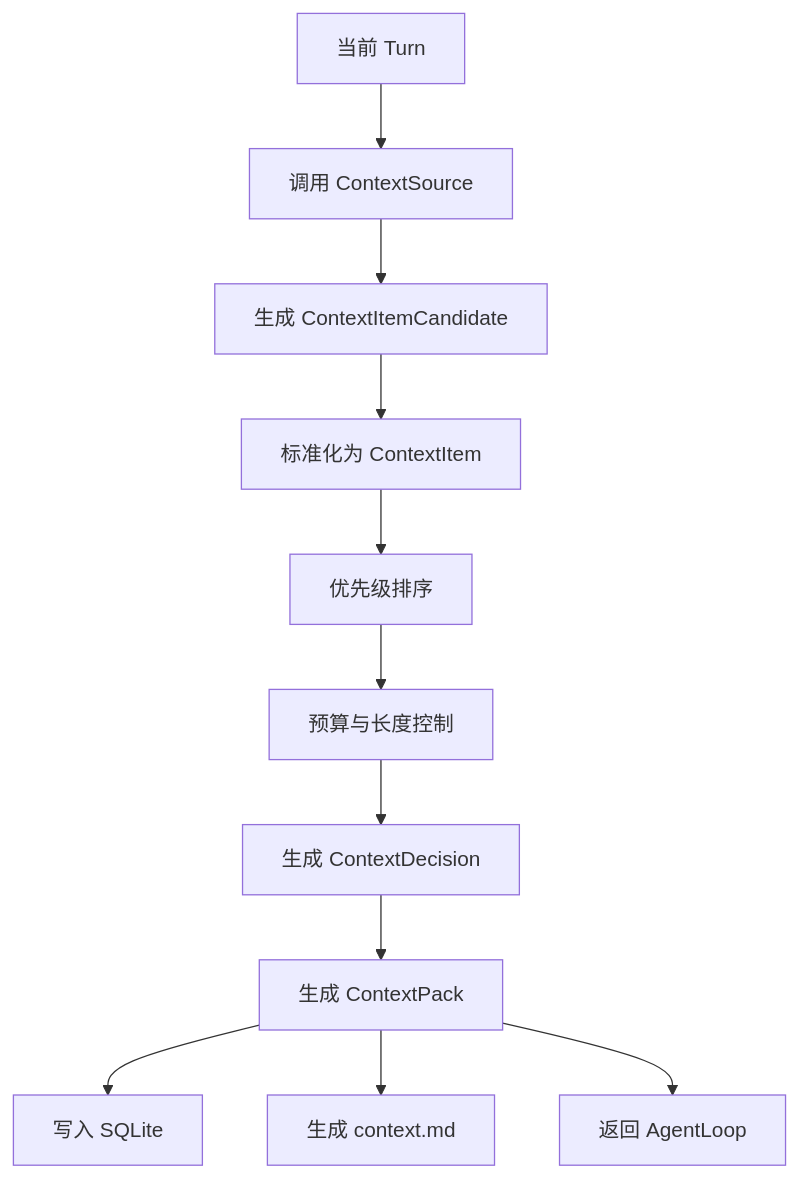
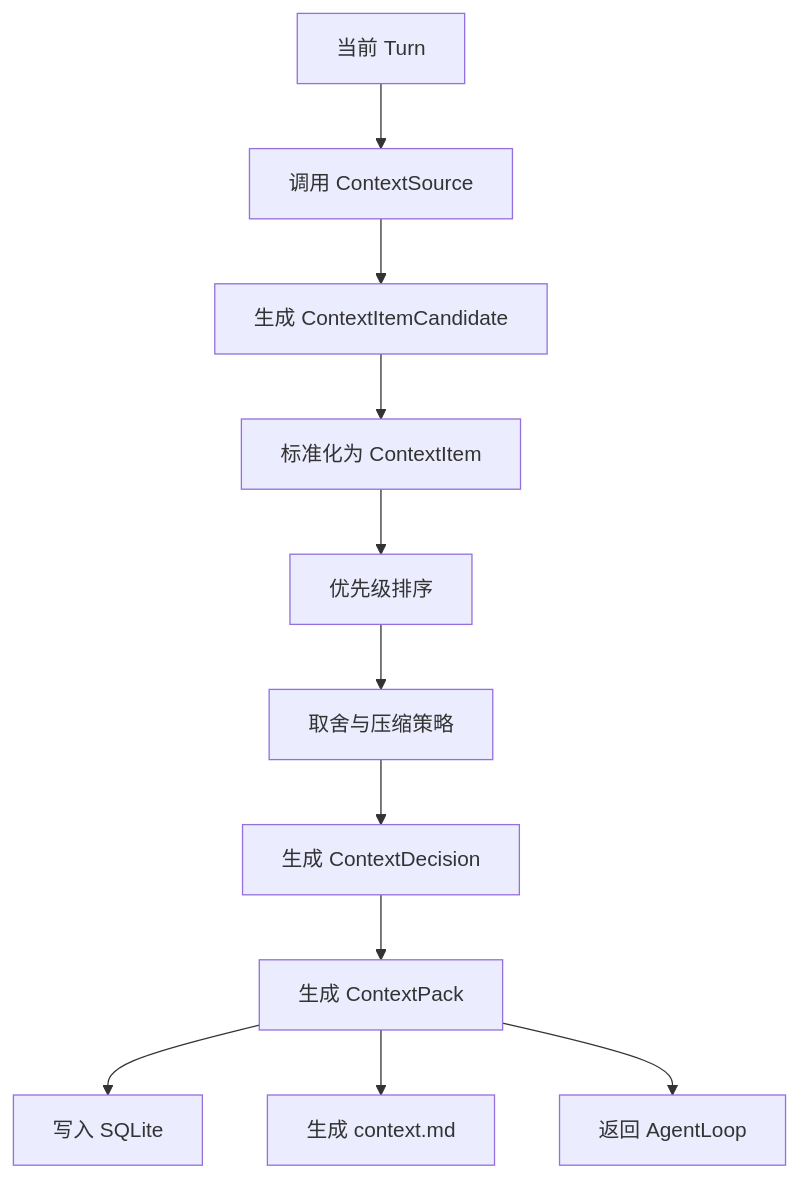
The first of 4 diagrams in docs/agent/modules/context/README.md (hfqf/figo-agent), drawn with Mermaid before and after one commit. The commit also changed other lines of this file and 113 other files, not shown here.

````diff
--- a/docs/agent/modules/context/README.md
+++ b/docs/agent/modules/context/README.md
@@ -135,13 +153,13 @@
 ```mermaid
 flowchart TD
   Turn[当前 Turn] --> Sources[调用 ContextSource]
   Sources --> Candidates[生成 ContextItemCandidate]
   Candidates --> Normalize[标准化为 ContextItem]
   Normalize --> Rank[优先级排序]
-  Rank --> Budget[预算与长度控制]
-  Budget --> Decide[生成 ContextDecision]
+  Rank --> Select[取舍与压缩策略]
+  Select --> Decide[生成 ContextDecision]
   Decide --> Pack[生成 ContextPack]
   Pack --> SQLite[写入 SQLite]
   Pack --> Artifact[生成 context.md]
   Pack --> Loop[返回 AgentLoop]
 ```
````
